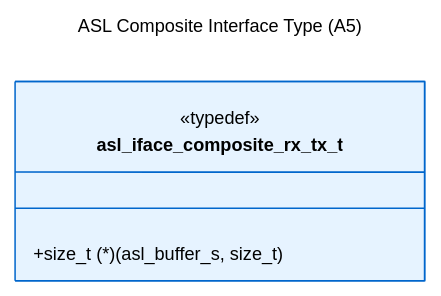
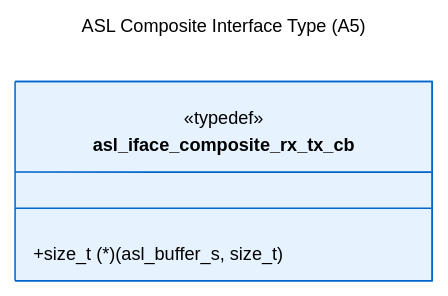
Before and after one commit to ABD-01/quantum-harmony: the fourth of 4 diagrams in architecture/logical_view_types_advanced.md, drawn with Mermaid. The commit also changed other lines of this file and 67 other files, not shown here.

````diff
--- a/architecture/logical_view_types_advanced.md
+++ b/architecture/logical_view_types_advanced.md
@@ -152,25 +152,25 @@
 ```mermaid
 ---
 title: ASL Composite Interface Type (A5)
 config:
   theme: base
   themeVariables:
     background: "#ffffff"
     primaryColor: "#e6f3ff"
     primaryTextColor: "#000000"
     primaryBorderColor: "#0066cc"
     lineColor: "#000000"
     secondaryColor: "#f0f0f0"
     tertiaryColor: "#cccccc"
     fontFamily: "arial"
     fontSize: "12px"
 ---
 classDiagram
-    class asl_iface_composite_rx_tx_t {
+    class asl_iface_composite_rx_tx_cb {
         <<typedef>>
         +size_t (*)(asl_buffer_s, size_t)
     }
     
     classDef iface fill:#f0f8ff,stroke:#4169e1,stroke-width:2px
-    class asl_iface_composite_rx_tx_t:::iface
+    class asl_iface_composite_rx_tx_cb:::iface
 ```
````
